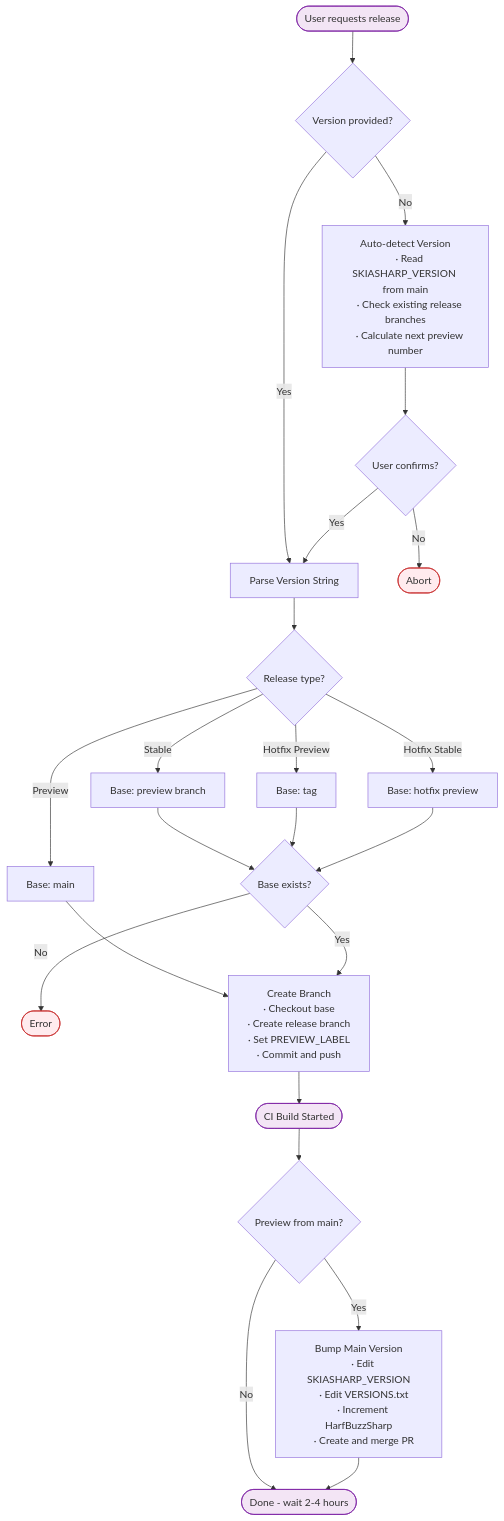
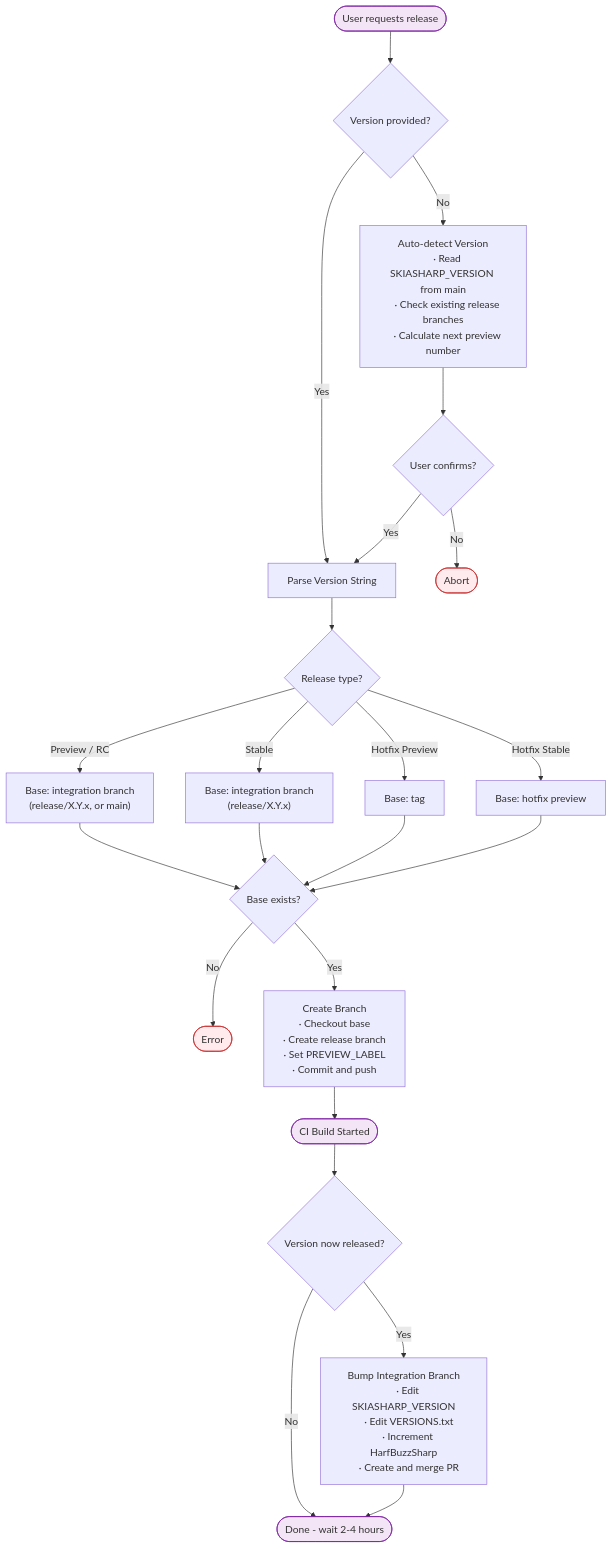
Before and after one commit to mono/SkiaSharp: the first of 3 diagrams in documentation/dev/releasing.md, drawn with Mermaid. The commit also changed other lines of this file and 2 other files, not shown here.

Commit message:
Fix release-branch skill integration-branch model and add bump-version script
The release-branch skill incorrectly treated 'main' as the only integration
branch and described stable releases as being cut from a preview branch. In
reality each release line has its own integration branch ('main' for the newest
in-development line, 'release/X.Y.x' for established/maintenance lines), every
release type is cut from that branch, and the branch is bumped to the next
version only once its current version is released (maintenance-line stables
included).

- Document the integration-branch concept and correct the Step 2 base-branch
  table (stable is cut from release/X.Y.x, not release/X.Y.Z-preview.{latest}).
- Rewrite Step 5 to bump the correct integration branch after a release.
- Add scripts/bump-version.ps1 to set PREVIEW_LABEL and/or bump SkiaSharp and
  HarfBuzzSharp versions with a verification gate, replacing error-prone manual
  edits. Assembly versions are never touched.
- Sync documentation/dev/releasing.md tables and the Stage 1 flow diagram, and
  add the missing RC row to the version-patterns table.

````diff
--- a/documentation/dev/releasing.md
+++ b/documentation/dev/releasing.md
@@ -87,56 +96,58 @@
 ```mermaid
 flowchart TB
     START([User requests release]) --> PROVIDED{Version provided?}
     
     PROVIDED -->|Yes| PARSE
     PROVIDED -->|No| AUTO
     
     AUTO["Auto-detect Version
     ∙ Read SKIASHARP_VERSION from main
     ∙ Check existing release branches
     ∙ Calculate next preview number"]
     
     AUTO --> CONFIRM{User confirms?}
     CONFIRM -->|No| ABORT([Abort])
     CONFIRM -->|Yes| PARSE
     
     PARSE["Parse Version String"] --> TYPE{Release type?}
     
-    TYPE -->|Preview| BASE_MAIN["Base: main"]
-    TYPE -->|Stable| BASE_PREVIEW["Base: preview branch"]
+    TYPE -->|Preview / RC| BASE_INTEG["Base: integration branch
+    (release/X.Y.x, or main)"]
+    TYPE -->|Stable| BASE_STABLE["Base: integration branch
+    (release/X.Y.x)"]
     TYPE -->|Hotfix Preview| BASE_TAG["Base: tag"]
     TYPE -->|Hotfix Stable| BASE_HOTFIX["Base: hotfix preview"]
     
-    BASE_PREVIEW --> EXISTS{Base exists?}
+    BASE_INTEG --> EXISTS{Base exists?}
+    BASE_STABLE --> EXISTS
     BASE_TAG --> EXISTS
     BASE_HOTFIX --> EXISTS
     EXISTS -->|No| ERROR([Error])
     
-    BASE_MAIN --> CREATE
     EXISTS -->|Yes| CREATE
     
     CREATE["Create Branch
     ∙ Checkout base
     ∙ Create release branch
     ∙ Set PREVIEW_LABEL
     ∙ Commit and push"]
     
     CREATE --> CI([CI Build Started])
     
-    CI --> IS_PREVIEW{Preview from main?}
-    IS_PREVIEW -->|No| DONE([Done - wait 2-4 hours])
-    IS_PREVIEW -->|Yes| BUMP
+    CI --> IS_RELEASED{Version now released?}
+    IS_RELEASED -->|No| DONE([Done - wait 2-4 hours])
+    IS_RELEASED -->|Yes| BUMP
     
-    BUMP["Bump Main Version
+    BUMP["Bump Integration Branch
     ∙ Edit SKIASHARP_VERSION
     ∙ Edit VERSIONS.txt
     ∙ Increment HarfBuzzSharp
     ∙ Create and merge PR"]
     
     BUMP --> DONE
 
     classDef error fill:#ffebee,stroke:#c62828
     classDef endpoint fill:#f3e5f5,stroke:#7b1fa2
     class ABORT,ERROR error
     class START,CI,DONE endpoint
 ```
````
